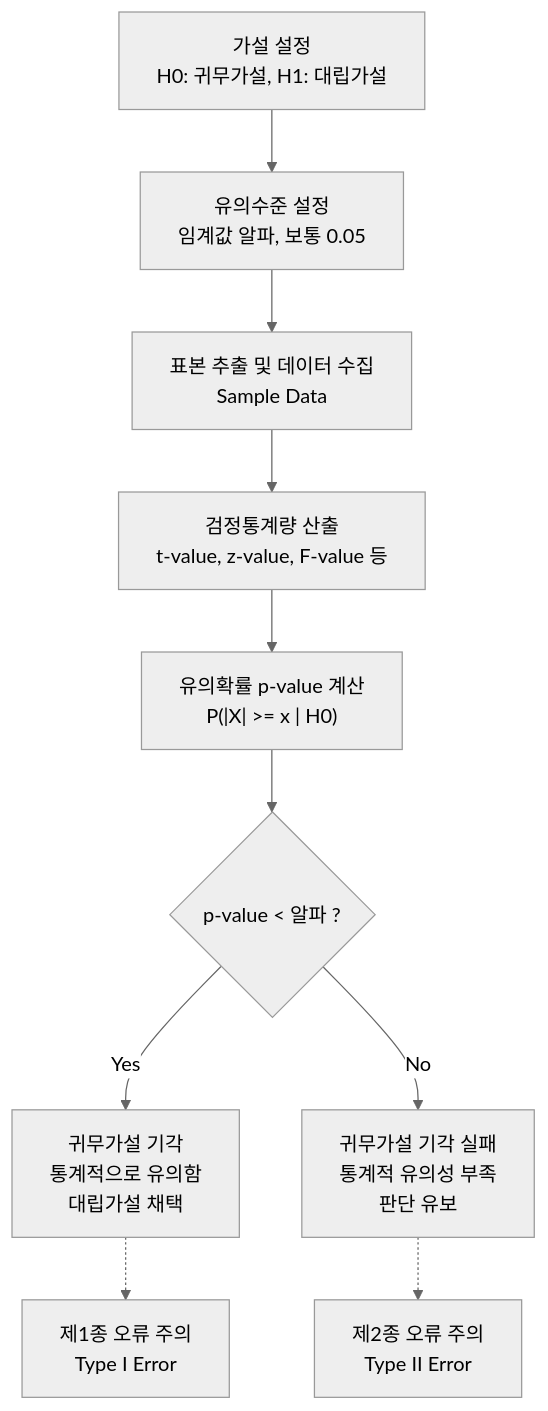
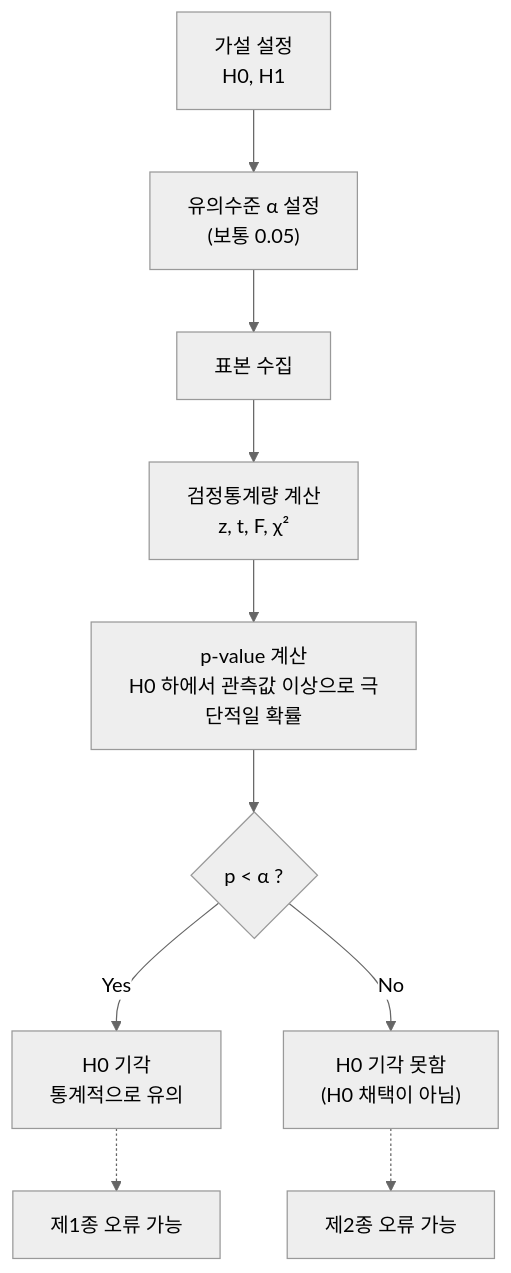
One commit to supremethumb/supremethumb.github.io changed the diagram in content/01_IT Tech/유의확률.md. Above: the diagram before and after it, drawn with Mermaid (neutral theme). The commit also changed other lines of this file and 1087 other files, not shown here.

````diff
--- a/content/01_IT Tech/유의확률.md
+++ b/content/01_IT Tech/유의확률.md
@@ -29,17 +35,12 @@
 ```mermaid
 flowchart TD
-    A["가설 설정<br/>H0: 귀무가설, H1: 대립가설"] --> B["유의수준 설정<br/>임계값 알파, 보통 0.05"]
-    B --> C["표본 추출 및 데이터 수집<br/>Sample Data"]
-    C --> D["검정통계량 산출<br/>t-value, z-value, F-value 등"]
-    D --> E["유의확률 p-value 계산<br/>P(|X| >= x | H0)"]
-    
-    E --> F{"p-value < 알파 ?"}
-    
-    F -->|Yes| G["귀무가설 기각<br/>통계적으로 유의함<br/>대립가설 채택"]
-    F -->|No| H["귀무가설 기각 실패<br/>통계적 유의성 부족<br/>판단 유보"]
-    
-    G -.-> I["제1종 오류 주의<br/>Type I Error"]
-    H -.-> J["제2종 오류 주의<br/>Type II Error"]
-
-
+    A["가설 설정<br/>H0, H1"] --> B["유의수준 α 설정<br/>(보통 0.05)"]
+    B --> C["표본 수집"]
+    C --> D["검정통계량 계산<br/>z, t, F, χ²"]
+    D --> E["p-value 계산<br/>H0 하에서 관측값 이상으로 극단적일 확률"]
+    E --> F{"p < α ?"}
+    F -- "Yes" --> G["H0 기각<br/>통계적으로 유의"]
+    F -- "No" --> H["H0 기각 못함<br/>(H0 채택이 아님)"]
+    G -.-> I["제1종 오류 가능"]
+    H -.-> J["제2종 오류 가능"]
 ```
````
